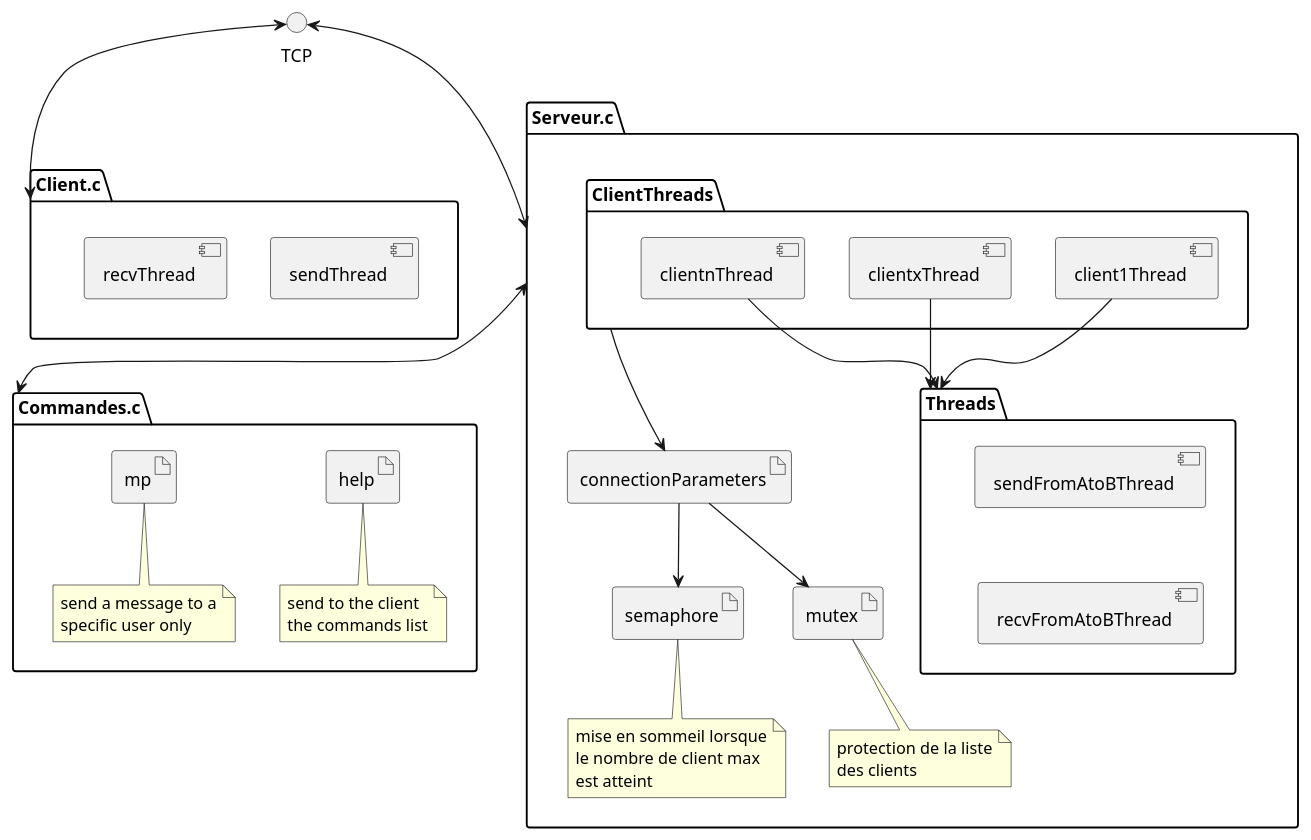
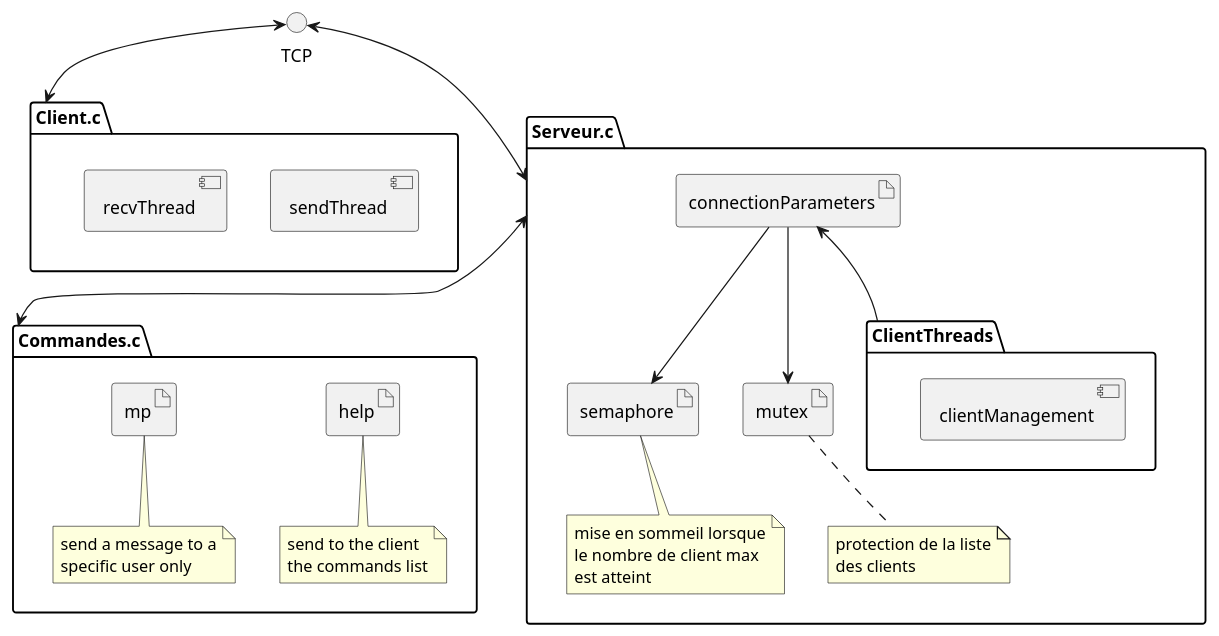
The diagram in reports/sprint2/architecture.plantuml (iusildra/PolyMessages), drawn with PlantUML before and after one commit. The commit also changed 6 other files, not shown here.

```diff
--- a/reports/sprint2/architecture.plantuml
+++ b/reports/sprint2/architecture.plantuml
@@ -1,71 +1,58 @@
 @startuml architecture
 
 together {
 	package Serveur.c as Server {
 		package ClientThreads {
-			component client1Thread as c1
-			component clientxThread as cx
-			component clientnThread as cn
+			component clientManagement as cx
 		}
-		' c1 -[hidden]d- cx
-		' cx -[hidden]d- cn
 
-		package Threads {
-			component sendFromAtoBThread
-			component recvFromAtoBThread
-			sendFromAtoBThread -[hidden]d- recvFromAtoBThread
-
-		}
-		c1 --> Threads
-		cx --> Threads
-		cn --> Threads
 		artifact connectionParameters as param
 		artifact semaphore as sem
 		artifact mutex
-		param <-u- ClientThreads
+		param <-- ClientThreads
 		param --> sem
 		param --> mutex
 
 		note bottom of mutex 
 		protection de la liste
 		des clients
 		end note
 		note bottom of sem
 		mise en sommeil lorsque
 		le nombre de client max
 		est atteint
 		end note
 	}
 
 
 	package Client.c as Client {
 		together {
 			component sendThread as sendThread
 			component recvThread as recvThread
 		}
 	}
 
 	package Commandes.c as Commands {
 		artifact help
 		artifact mp
 
 		note bottom of help
 		send to the client
 		the commands list
 		end note
 
 		note bottom of mp
 		send a message to a
 		specific user only
 		end note
 	}
 
 
 }
 interface TCP
 
 TCP <--> Client
 Client -[hidden]d- Commands 
 Server <--> Commands
 TCP <--> Server
 @enduml
```
